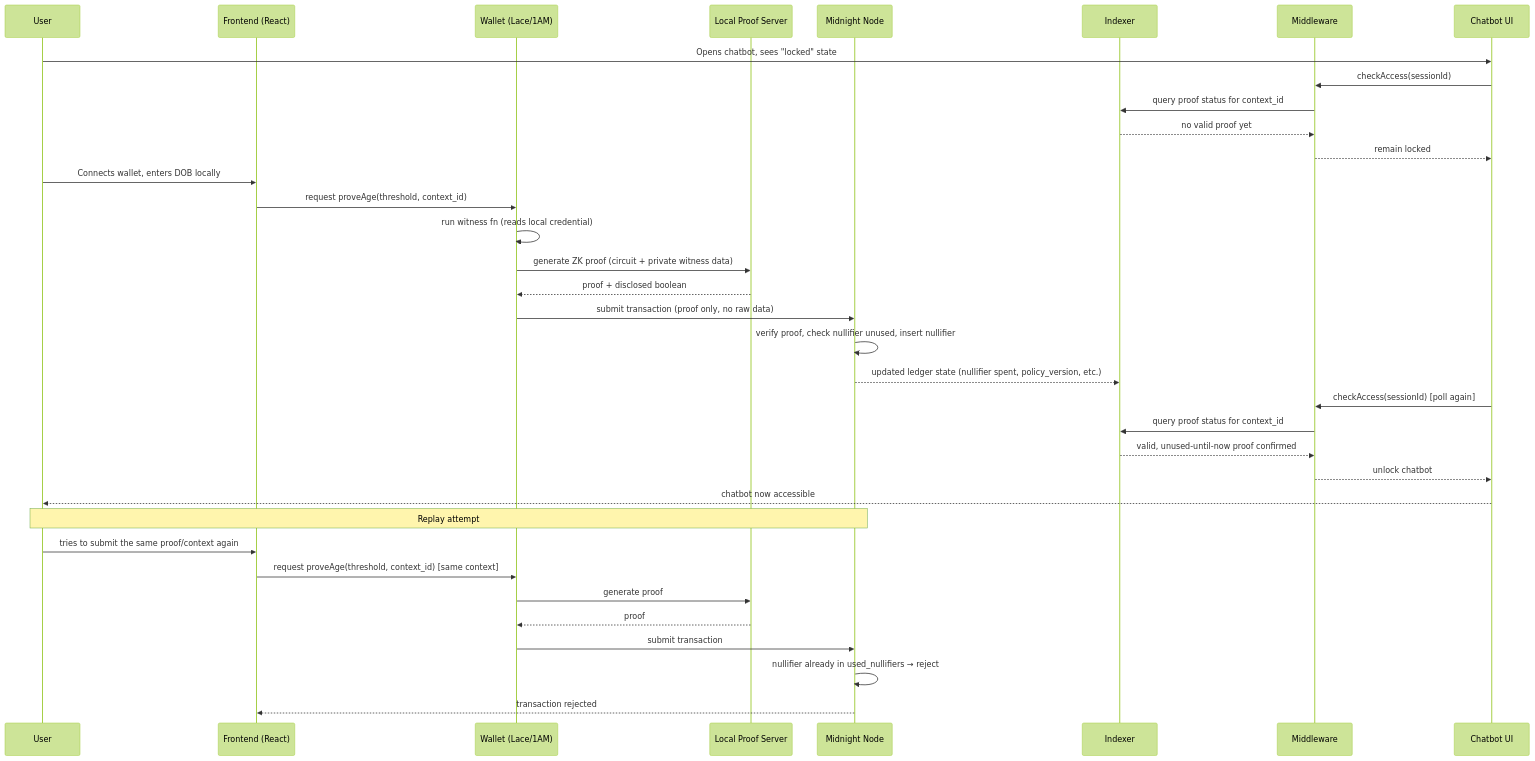
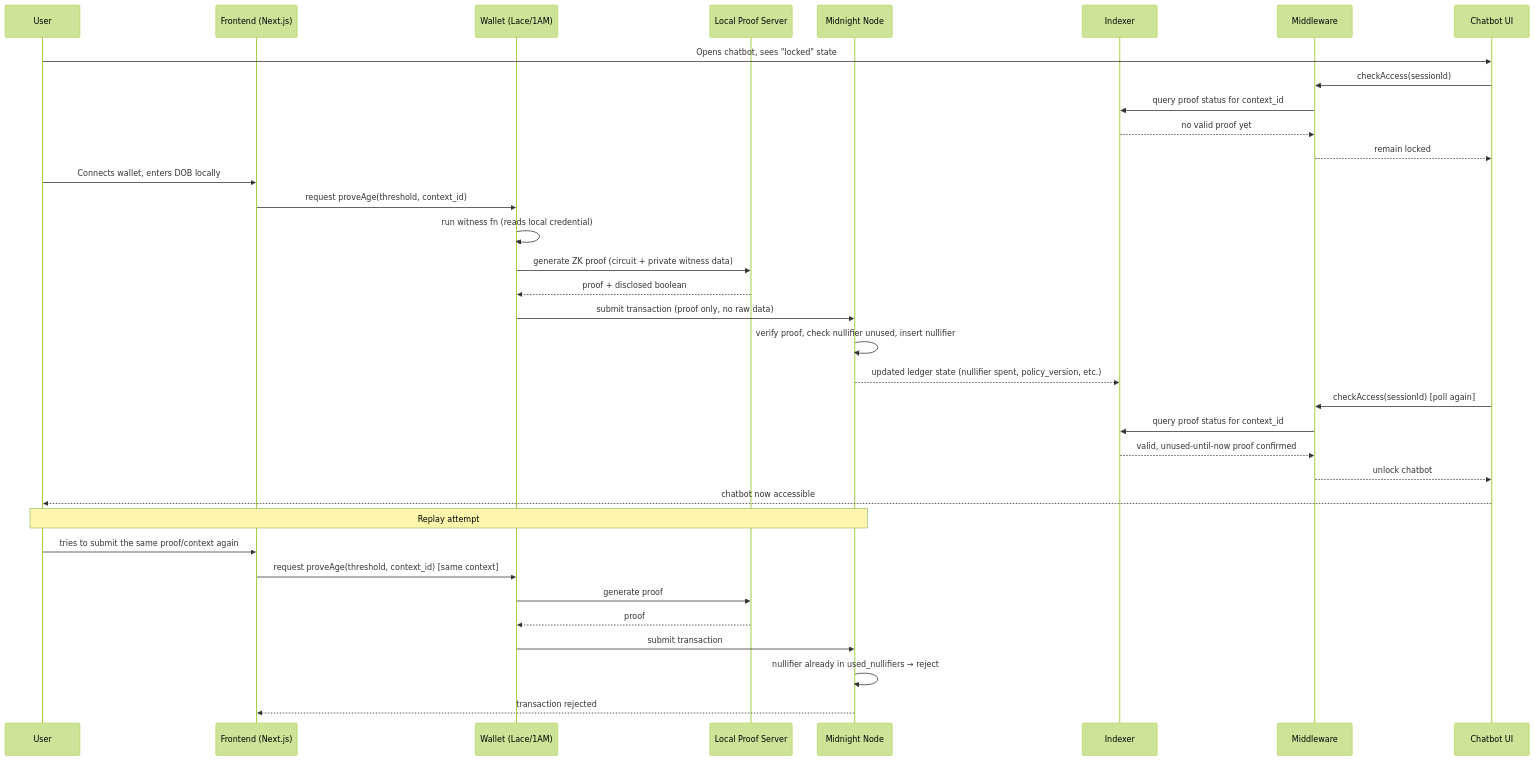
One commit to ArpitSiNgh08/Guardian-Rail changed the second of 2 diagrams in guardian-rail-architecture.md. Above: the diagram before and after it, drawn with Mermaid (forest theme). The commit also changed other lines of this file and 44 other files, not shown here.

````diff
--- a/guardian-rail-architecture.md
+++ b/guardian-rail-architecture.md
@@ -62,41 +62,41 @@
 ```mermaid
 sequenceDiagram
     participant U as User
-    participant F as Frontend (React)
+    participant F as Frontend (Next.js)
     participant W as Wallet (Lace/1AM)
     participant P as Local Proof Server
     participant N as Midnight Node
     participant I as Indexer
     participant M as Middleware
     participant C as Chatbot UI
 
     U->>C: Opens chatbot, sees "locked" state
     C->>M: checkAccess(sessionId)
     M->>I: query proof status for context_id
     I-->>M: no valid proof yet
     M-->>C: remain locked
 
     U->>F: Connects wallet, enters DOB locally
     F->>W: request proveAge(threshold, context_id)
     W->>W: run witness fn (reads local credential)
     W->>P: generate ZK proof (circuit + private witness data)
     P-->>W: proof + disclosed boolean
     W->>N: submit transaction (proof only, no raw data)
     N->>N: verify proof, check nullifier unused, insert nullifier
     N-->>I: updated ledger state (nullifier spent, policy_version, etc.)
 
     C->>M: checkAccess(sessionId) [poll again]
     M->>I: query proof status for context_id
     I-->>M: valid, unused-until-now proof confirmed
     M-->>C: unlock chatbot
     C-->>U: chatbot now accessible
 
     Note over U,N: Replay attempt
     U->>F: tries to submit the same proof/context again
     F->>W: request proveAge(threshold, context_id) [same context]
     W->>P: generate proof
     P-->>W: proof
     W->>N: submit transaction
     N->>N: nullifier already in used_nullifiers → reject
     N-->>F: transaction rejected
 ```
````
